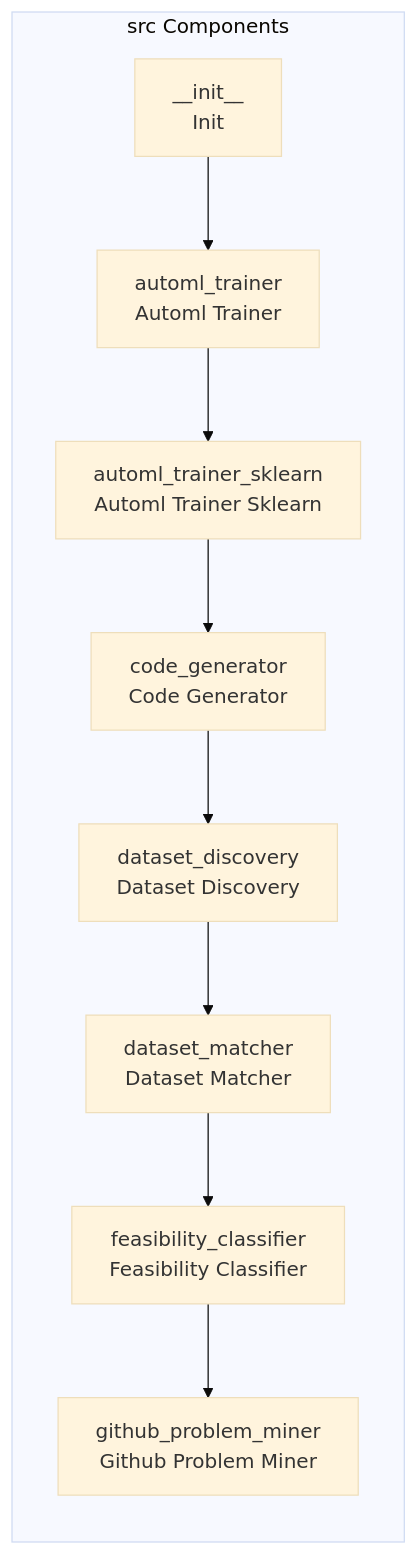
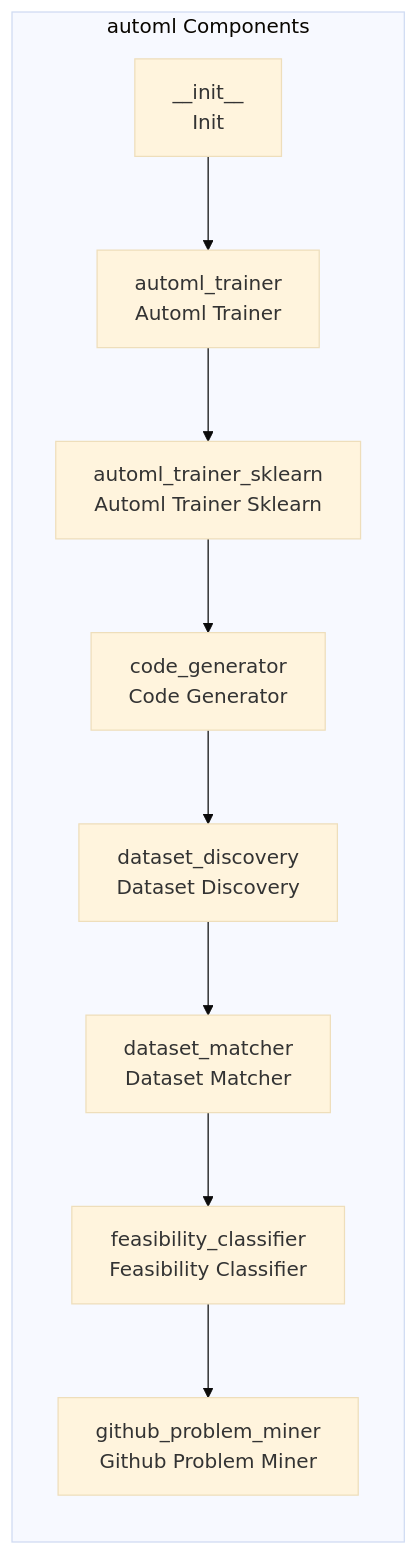
One commit to Punyamittal/automl changed the third of 4 diagrams in README.md. Above: the diagram before and after it, drawn with Mermaid (base theme). The commit also changed other lines of this file, not shown here.

````diff
--- a/README.md
+++ b/README.md
@@ -204,20 +241,20 @@
 ```mermaid
 graph LR
-    subgraph App["src Components"]
+    subgraph App["automl Components"]
         __init__["__init__<br/>  Init  "]
         automl_trainer["automl_trainer<br/>Automl Trainer"]
         automl_trainer_sklearn["automl_trainer_sklearn<br/>Automl Trainer Sklearn"]
         code_generator["code_generator<br/>Code Generator"]
         dataset_discovery["dataset_discovery<br/>Dataset Discovery"]
         dataset_matcher["dataset_matcher<br/>Dataset Matcher"]
         feasibility_classifier["feasibility_classifier<br/>Feasibility Classifier"]
         github_problem_miner["github_problem_miner<br/>Github Problem Miner"]
     end
     __init__ --> automl_trainer
     automl_trainer --> automl_trainer_sklearn
     automl_trainer_sklearn --> code_generator
     code_generator --> dataset_discovery
     dataset_discovery --> dataset_matcher
     dataset_matcher --> feasibility_classifier
     feasibility_classifier --> github_problem_miner
 ```
````
